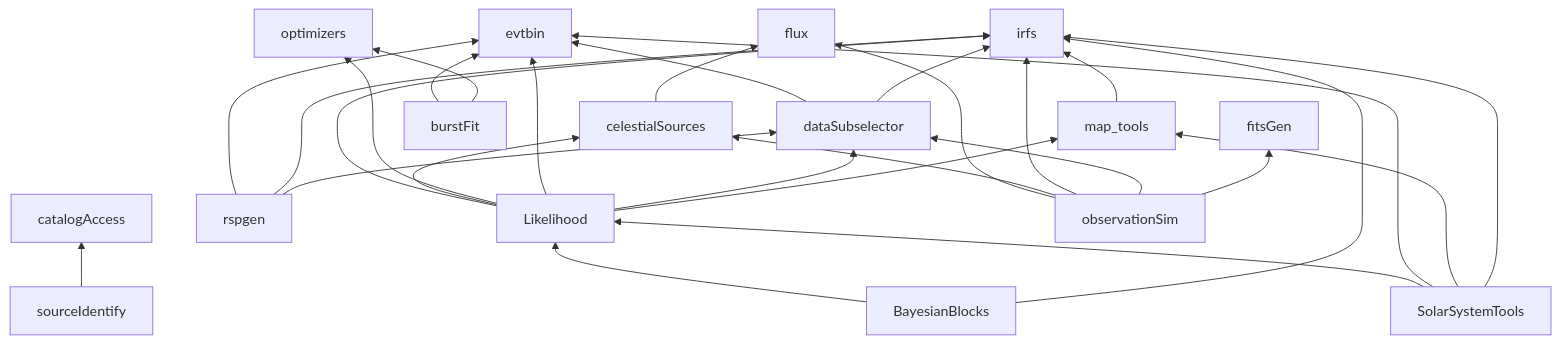
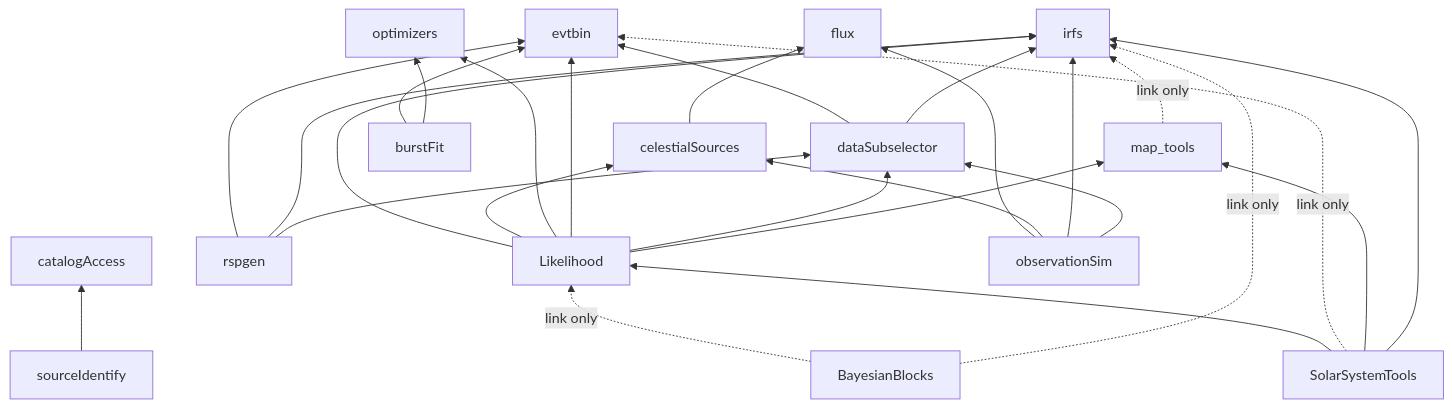
One commit to fermi-lat/ScienceTools changed the second of 2 diagrams in docs/architecture/dependency-layers.md. Above: the diagram before and after it, drawn with Mermaid. The commit also changed other lines of this file and 2 other files, not shown here.

First line of the commit message:
Complete system architecture docs for all packages

````diff
--- a/docs/architecture/dependency-layers.md
+++ b/docs/architecture/dependency-layers.md
@@ -63,35 +71,34 @@
 ```mermaid
 flowchart BT
   irfs; flux; celestialSources; catalogAccess
   optimizers; evtbin; dataSubselector; map_tools; rspgen
-  Likelihood; observationSim; fitsGen; burstFit; sourceIdentify
+  Likelihood; observationSim; burstFit; sourceIdentify
   BayesianBlocks; SolarSystemTools
 
   celestialSources --> flux
   dataSubselector --> evtbin
   dataSubselector --> irfs
-  map_tools --> irfs
+  map_tools -.->|link only| irfs
   rspgen --> evtbin
   rspgen --> irfs
   rspgen --> dataSubselector
   burstFit --> evtbin
   burstFit --> optimizers
   sourceIdentify --> catalogAccess
   observationSim --> flux
   observationSim --> celestialSources
   observationSim --> irfs
   observationSim --> dataSubselector
-  observationSim --> fitsGen
   Likelihood --> irfs
   Likelihood --> celestialSources
   Likelihood --> optimizers
   Likelihood --> evtbin
   Likelihood --> dataSubselector
   Likelihood --> map_tools
-  BayesianBlocks --> Likelihood
-  BayesianBlocks --> irfs
+  BayesianBlocks -.->|link only| Likelihood
+  BayesianBlocks -.->|link only| irfs
   SolarSystemTools --> Likelihood
-  SolarSystemTools --> evtbin
+  SolarSystemTools -.->|link only| evtbin
   SolarSystemTools --> map_tools
   SolarSystemTools --> irfs
 ```
````
